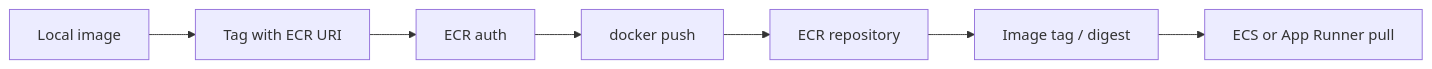
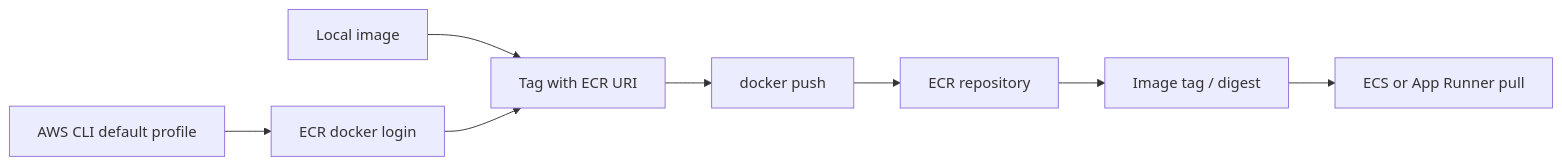
One commit to niceguy61/kdt_devops_lecture_2026_rev2 changed the diagram in week5/day3/lesson-02.md. Above: the diagram before and after it, drawn with Mermaid. The commit also changed other lines of this file, not shown here.

Commit message:
w5d3s2 update (add docker login, tag, push)

````diff
--- a/week5/day3/lesson-02.md
+++ b/week5/day3/lesson-02.md
@@ -79,9 +126,10 @@
 ```mermaid
 flowchart LR
+  Config["AWS CLI default profile"] --> Auth["ECR docker login"]
   Local["Local image"] --> Tag["Tag with ECR URI"]
-  Tag --> Auth["ECR auth"]
-  Auth --> Push["docker push"]
+  Auth --> Tag
+  Tag --> Push["docker push"]
   Push --> Repo["ECR repository"]
   Repo --> Image["Image tag / digest"]
   Image --> Service["ECS or App Runner pull"]
 ```
````
